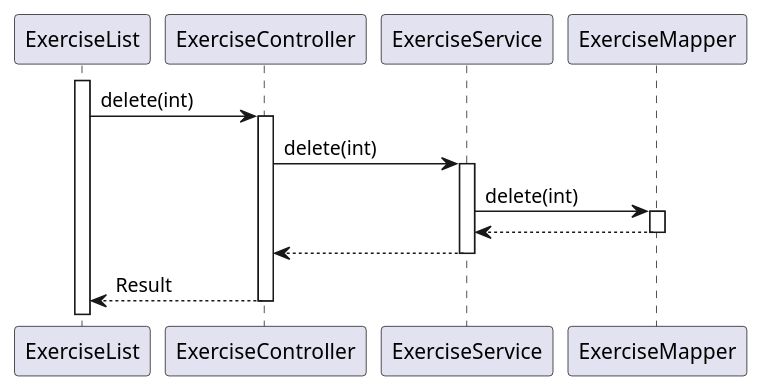
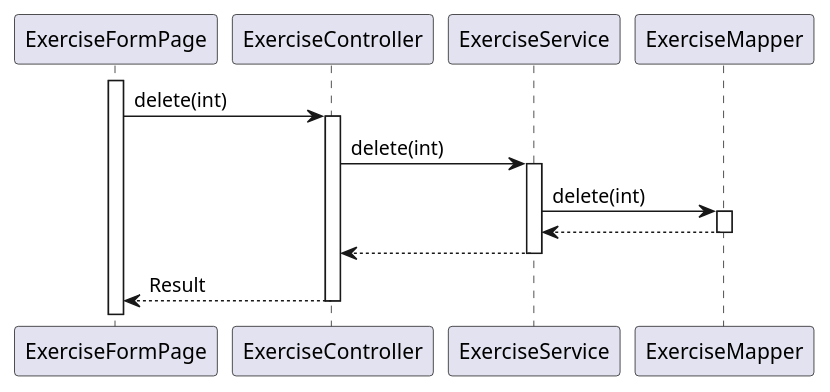
The diagram in doc/seq/deleteExercise.puml (leidZhang/Nutrifit), drawn with PlantUML before and after one commit. The commit also changed 35 other files, not shown here.

Commit message:
sequence diagrams

```diff
--- a/doc/seq/deleteExercise.puml
+++ b/doc/seq/deleteExercise.puml
@@ -1,20 +1,20 @@
 @startuml
-activate ExerciseList
-ExerciseList -> ExerciseController: delete(int)
+activate ExerciseFormPage
+ExerciseFormPage -> ExerciseController: delete(int)
 activate ExerciseController
 
 ExerciseController -> ExerciseService: delete(int)
 activate ExerciseService
 
 ExerciseService -> ExerciseMapper: delete(int)
 activate ExerciseMapper
 
 ExerciseMapper --> ExerciseService:
 deactivate ExerciseMapper
 
 ExerciseService --> ExerciseController:
 deactivate ExerciseService
 
-ExerciseController --> ExerciseList: Result
+ExerciseController --> ExerciseFormPage: Result
 deactivate ExerciseController
 @enduml
```
